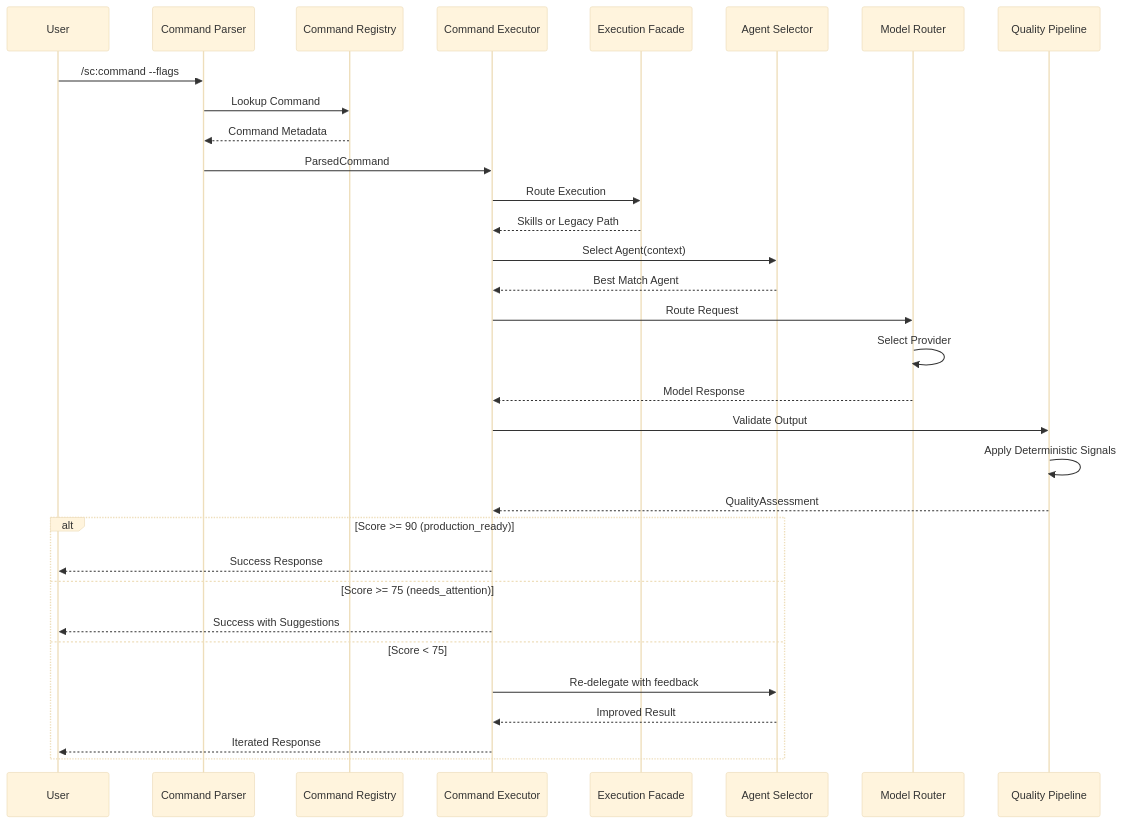
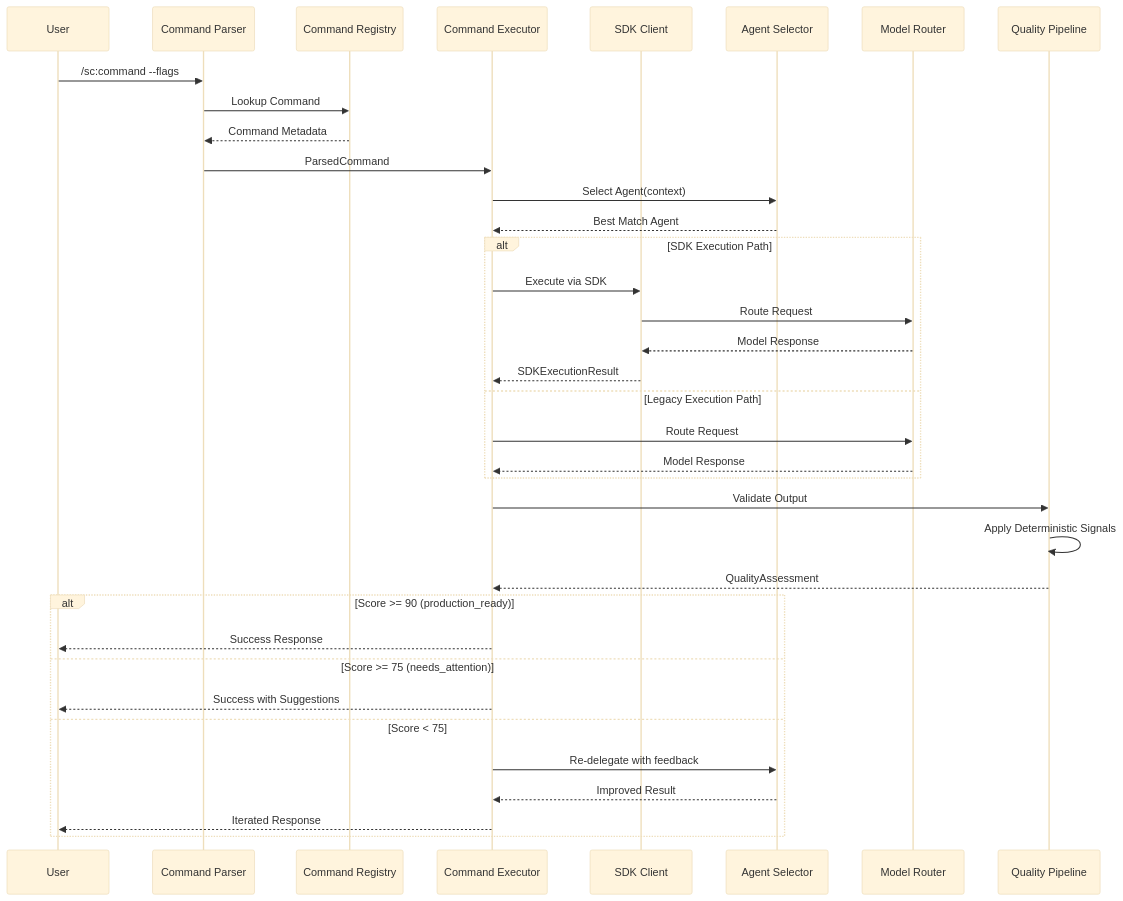
The third of 15 diagrams in README.md (Tony363/SuperClaude), drawn with Mermaid (base theme) before and after one commit. The commit also changed other lines of this file, not shown here.

First line of the commit message:
docs: comprehensive README update with SDK integration and accurate metrics

````diff
--- a/README.md
+++ b/README.md
@@ -172,40 +216,43 @@
 ```mermaid
 sequenceDiagram
     participant User
     participant Parser as Command Parser
     participant Registry as Command Registry
     participant Executor as Command Executor
-    participant Facade as Execution Facade
+    participant SDK as SDK Client
     participant Agent as Agent Selector
     participant Router as Model Router
     participant Quality as Quality Pipeline
 
     User->>Parser: /sc:command --flags
     Parser->>Registry: Lookup Command
     Registry-->>Parser: Command Metadata
     Parser->>Executor: ParsedCommand
 
-    Executor->>Facade: Route Execution
-    Facade-->>Executor: Skills or Legacy Path
-
     Executor->>Agent: Select Agent(context)
     Agent-->>Executor: Best Match Agent
 
-    Executor->>Router: Route Request
-    Router->>Router: Select Provider
-    Router-->>Executor: Model Response
+    alt SDK Execution Path
+        Executor->>SDK: Execute via SDK
+        SDK->>Router: Route Request
+        Router-->>SDK: Model Response
+        SDK-->>Executor: SDKExecutionResult
+    else Legacy Execution Path
+        Executor->>Router: Route Request
+        Router-->>Executor: Model Response
+    end
 
     Executor->>Quality: Validate Output
     Quality->>Quality: Apply Deterministic Signals
     Quality-->>Executor: QualityAssessment
 
     alt Score >= 90 (production_ready)
         Executor-->>User: Success Response
     else Score >= 75 (needs_attention)
         Executor-->>User: Success with Suggestions
     else Score < 75
         Executor->>Agent: Re-delegate with feedback
         Agent-->>Executor: Improved Result
         Executor-->>User: Iterated Response
     end
 ```
````
